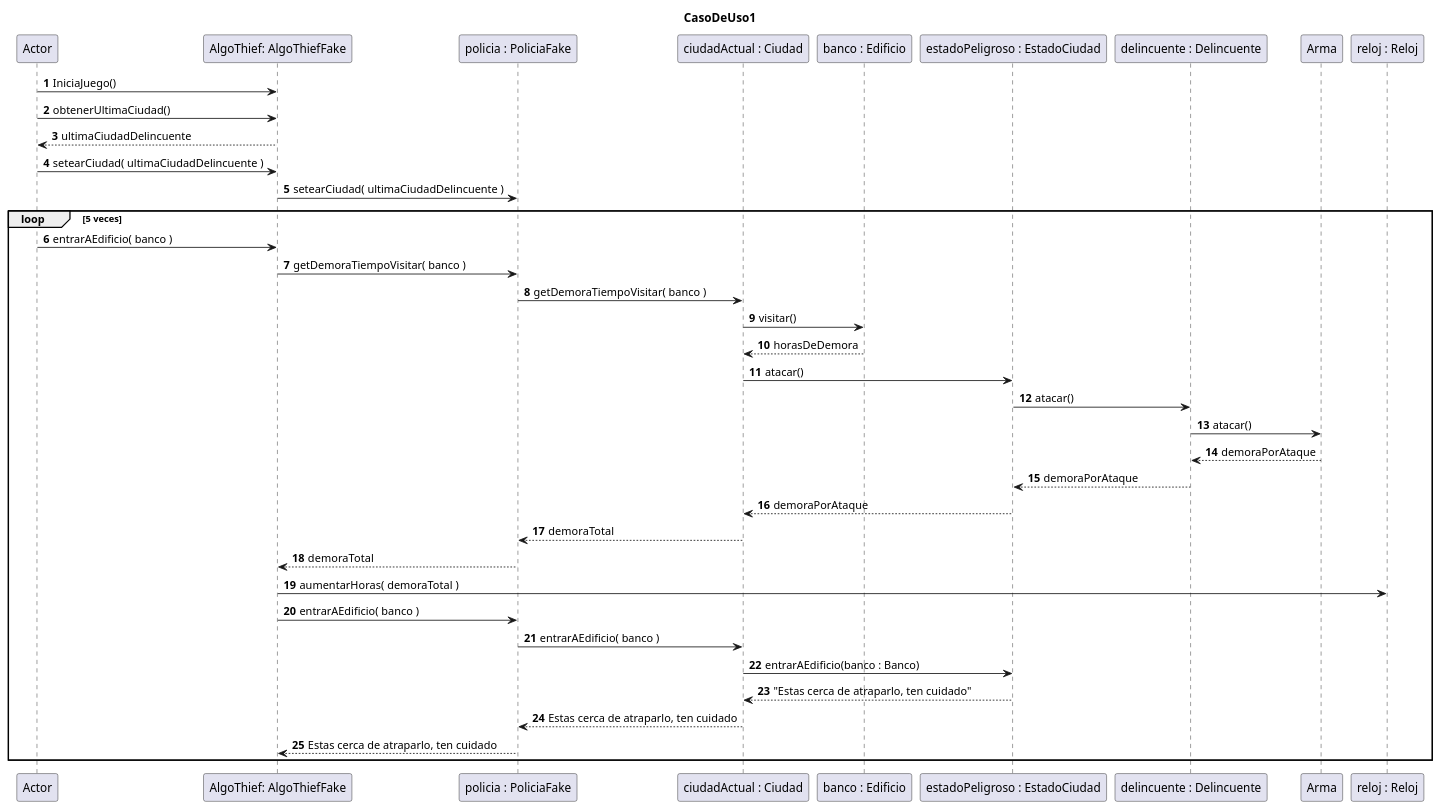
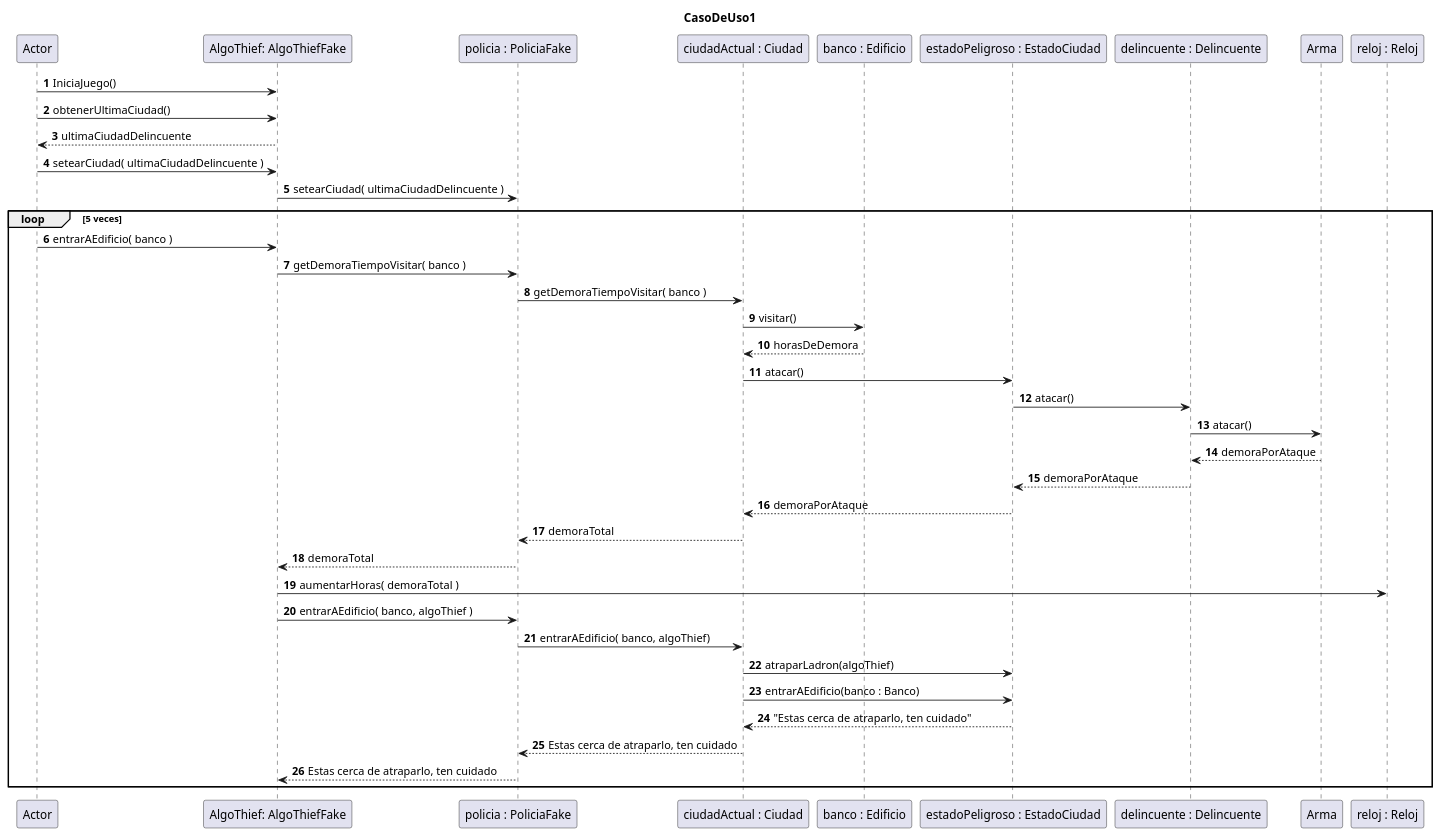
The diagram in Entrega2/casoDeUso1.puml (Fanusaez/TP2_algo3_algothief), drawn with PlantUML before and after one commit. The commit also changed 5 other files, not shown here.

First line of the commit message:
Actualice Diagrama1

```diff
--- a/Entrega2/casoDeUso1.puml
+++ b/Entrega2/casoDeUso1.puml
@@ -1,34 +1,35 @@
 @startuml
 'https://plantuml.com/sequence-diagram
 
 autonumber
 title : CasoDeUso1
 Actor -> "AlgoThief: AlgoThiefFake": IniciaJuego()
 Actor -> "AlgoThief: AlgoThiefFake": obtenerUltimaCiudad()
 "AlgoThief: AlgoThiefFake" --> Actor: ultimaCiudadDelincuente
 Actor -> "AlgoThief: AlgoThiefFake": setearCiudad( ultimaCiudadDelincuente )
 "AlgoThief: AlgoThiefFake" -> "policia : PoliciaFake" : setearCiudad( ultimaCiudadDelincuente )
 
 loop 5 veces
 Actor -> "AlgoThief: AlgoThiefFake" : entrarAEdificio( banco )
 "AlgoThief: AlgoThiefFake" -> "policia : PoliciaFake" : getDemoraTiempoVisitar( banco )
 "policia : PoliciaFake" -> "ciudadActual : Ciudad" : getDemoraTiempoVisitar( banco )
 "ciudadActual : Ciudad" -> "banco : Edificio" : visitar()
 "banco : Edificio" --> "ciudadActual : Ciudad" : horasDeDemora
 "ciudadActual : Ciudad" -> "estadoPeligroso : EstadoCiudad" : atacar()
 "estadoPeligroso : EstadoCiudad" -> "delincuente : Delincuente" : atacar()
 "delincuente : Delincuente" -> Arma : atacar()
 Arma --> "delincuente : Delincuente" : demoraPorAtaque
 "delincuente : Delincuente" --> "estadoPeligroso : EstadoCiudad" : demoraPorAtaque
 "estadoPeligroso : EstadoCiudad" --> "ciudadActual : Ciudad" : demoraPorAtaque
 "ciudadActual : Ciudad" --> "policia : PoliciaFake" : demoraTotal
 "policia : PoliciaFake" --> "AlgoThief: AlgoThiefFake" : demoraTotal
 "AlgoThief: AlgoThiefFake" -> "reloj : Reloj" : aumentarHoras( demoraTotal )
-"AlgoThief: AlgoThiefFake" -> "policia : PoliciaFake" : entrarAEdificio( banco )
-"policia : PoliciaFake" -> "ciudadActual : Ciudad" : entrarAEdificio( banco )
+"AlgoThief: AlgoThiefFake" -> "policia : PoliciaFake" : entrarAEdificio( banco, algoThief )
+"policia : PoliciaFake" -> "ciudadActual : Ciudad" : entrarAEdificio( banco, algoThief)
+"ciudadActual : Ciudad" -> "estadoPeligroso : EstadoCiudad" : atraparLadron(algoThief)
 "ciudadActual : Ciudad" -> "estadoPeligroso : EstadoCiudad" : entrarAEdificio(banco : Banco)
 "estadoPeligroso : EstadoCiudad" --> "ciudadActual : Ciudad" : "Estas cerca de atraparlo, ten cuidado"
 "ciudadActual : Ciudad" --> "policia : PoliciaFake" : Estas cerca de atraparlo, ten cuidado
 "policia : PoliciaFake" --> "AlgoThief: AlgoThiefFake" : Estas cerca de atraparlo, ten cuidado
 end
 @enduml
```
